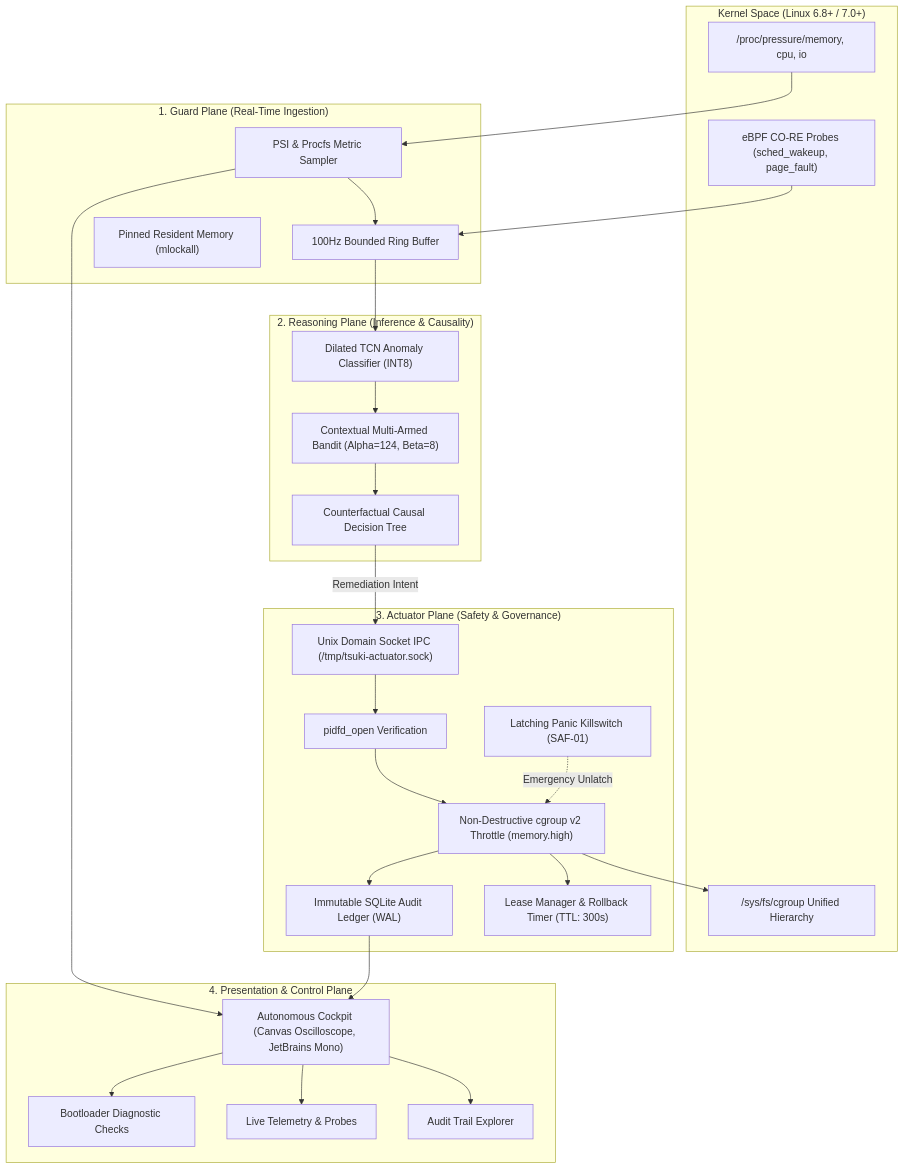
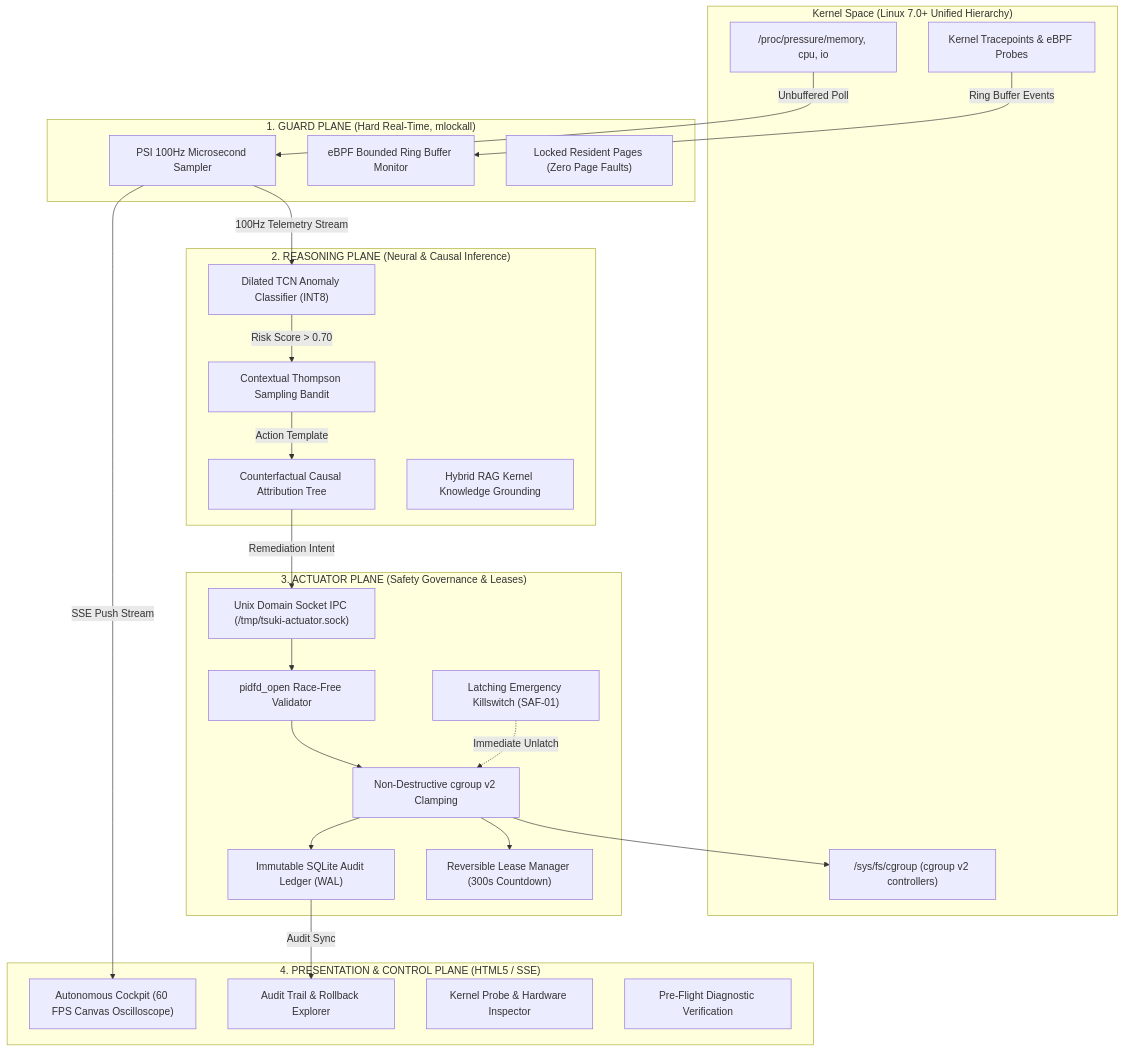
Before and after one commit to hsg001-95/tsuki: the second of 3 diagrams in docs/REPORT.md, drawn with Mermaid. The commit also changed other lines of this file and 6 other files, not shown here.

````diff
--- a/docs/REPORT.md
+++ b/docs/REPORT.md
@@ -87,55 +240,52 @@
 ```mermaid
 flowchart TD
-    subgraph KernelSpace["Kernel Space (Linux 6.8+ / 7.0+)"]
-        PSI["/proc/pressure/memory, cpu, io"]
-        CGROUP["/sys/fs/cgroup Unified Hierarchy"]
-        EBPF["eBPF CO-RE Probes (sched_wakeup, page_fault)"]
+    subgraph KernelSpace["Kernel Space (Linux 7.0+ Unified Hierarchy)"]
+        PSI_INTF["/proc/pressure/memory, cpu, io"]
+        CGROUP_FS["/sys/fs/cgroup (cgroup v2 controllers)"]
+        TRACEPOINTS["Kernel Tracepoints & eBPF Probes"]
     end
 
-    subgraph GuardPlane["1. Guard Plane (Real-Time Ingestion)"]
-        RING_BUF["100Hz Bounded Ring Buffer"]
-        SAMPLER["PSI & Procfs Metric Sampler"]
-        MEM_PIN["Pinned Resident Memory (mlockall)"]
+    subgraph GuardPlane["1. GUARD PLANE (Hard Real-Time, mlockall)"]
+        SAMPLER["PSI 100Hz Microsecond Sampler"]
+        EBPF_ENGINE["eBPF Bounded Ring Buffer Monitor"]
+        MEM_LOCK["Locked Resident Pages (Zero Page Faults)"]
     end
 
-    subgraph ReasoningPlane["2. Reasoning Plane (Inference & Causality)"]
-        TCN["Dilated TCN Anomaly Classifier (INT8)"]
-        BANDIT["Contextual Multi-Armed Bandit (Alpha=124, Beta=8)"]
-        CAUSAL["Counterfactual Causal Decision Tree"]
+    subgraph ReasoningPlane["2. REASONING PLANE (Neural & Causal Inference)"]
+        TCN_ENGINE["Dilated TCN Anomaly Classifier (INT8)"]
+        BANDIT_ENGINE["Contextual Thompson Sampling Bandit"]
+        CAUSAL_TREE["Counterfactual Causal Attribution Tree"]
+        RAG_GROUND["Hybrid RAG Kernel Knowledge Grounding"]
     end
 
-    subgraph ActuatorPlane["3. Actuator Plane (Safety & Governance)"]
-        UDS["Unix Domain Socket IPC (/tmp/tsuki-actuator.sock)"]
-        PIDFD["pidfd_open Verification"]
-        ENFORCE["Non-Destructive cgroup v2 Throttle (memory.high)"]
-        LEASE["Lease Manager & Rollback Timer (TTL: 300s)"]
-        PANIC["Latching Panic Killswitch (SAF-01)"]
-        AUDIT["Immutable SQLite Audit Ledger (WAL)"]
+    subgraph ActuatorPlane["3. ACTUATOR PLANE (Safety Governance & Leases)"]
+        UDS_SERVER["Unix Domain Socket IPC (/tmp/tsuki-actuator.sock)"]
+        PIDFD_CHECK["pidfd_open Race-Free Validator"]
+        CGROUP_MOD["Non-Destructive cgroup v2 Clamping"]
+        LEASE_MGR["Reversible Lease Manager (300s Countdown)"]
+        PANIC_SWITCH["Latching Emergency Killswitch (SAF-01)"]
+        SQLITE_WAL["Immutable SQLite Audit Ledger (WAL)"]
     end
 
-    subgraph Presentation["4. Presentation & Control Plane"]
-        WEB_COCKPIT["Autonomous Cockpit (Canvas Oscilloscope, JetBrains Mono)"]
-        AUDIT_UI["Audit Trail Explorer"]
-        TELEMETRY_UI["Live Telemetry & Probes"]
-        BOOT_UI["Bootloader Diagnostic Checks"]
+    subgraph ControlPlane["4. PRESENTATION & CONTROL PLANE (HTML5 / SSE)"]
+        WEB_COCKPIT["Autonomous Cockpit (60 FPS Canvas Oscilloscope)"]
+        AUDIT_EXPLORER["Audit Trail & Rollback Explorer"]
+        TELEMETRY_VIEW["Kernel Probe & Hardware Inspector"]
+        BOOTLOADER_VIEW["Pre-Flight Diagnostic Verification"]
     end
 
-    PSI --> SAMPLER
-    EBPF --> RING_BUF
-    SAMPLER --> RING_BUF
-    RING_BUF --> TCN
-    TCN --> BANDIT
-    BANDIT --> CAUSAL
-    CAUSAL -->|Remediation Intent| UDS
-    UDS --> PIDFD
-    PIDFD --> ENFORCE
-    ENFORCE --> CGROUP
-    ENFORCE --> LEASE
-    ENFORCE --> AUDIT
-    PANIC -.->|Emergency Unlatch| ENFORCE
-    AUDIT --> WEB_COCKPIT
-    SAMPLER --> WEB_COCKPIT
-    WEB_COCKPIT --> AUDIT_UI
-    WEB_COCKPIT --> TELEMETRY_UI
-    WEB_COCKPIT --> BOOT_UI
+    PSI_INTF -->|Unbuffered Poll| SAMPLER
+    TRACEPOINTS -->|Ring Buffer Events| EBPF_ENGINE
+    SAMPLER -->|100Hz Telemetry Stream| TCN_ENGINE
+    TCN_ENGINE -->|Risk Score > 0.70| BANDIT_ENGINE
+    BANDIT_ENGINE -->|Action Template| CAUSAL_TREE
+    CAUSAL_TREE -->|Remediation Intent| UDS_SERVER
+    UDS_SERVER --> PIDFD_CHECK
+    PIDFD_CHECK --> CGROUP_MOD
+    CGROUP_MOD --> CGROUP_FS
+    CGROUP_MOD --> LEASE_MGR
+    CGROUP_MOD --> SQLITE_WAL
+    PANIC_SWITCH -.->|Immediate Unlatch| CGROUP_MOD
+    SAMPLER -->|SSE Push Stream| WEB_COCKPIT
+    SQLITE_WAL -->|Audit Sync| AUDIT_EXPLORER
 ```
````
